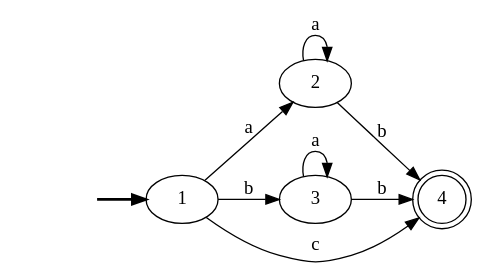
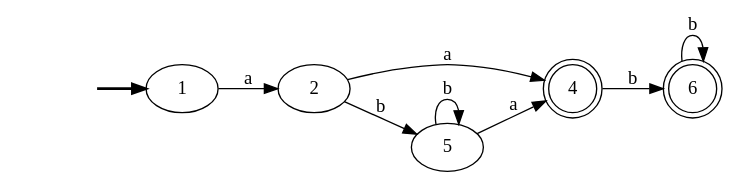
One commit to bar20807/CompiladorProyect changed the diagram in Pre-laboratorio B/AFNtoAFD#1PreLabB.gv. Above: the diagram before and after it, drawn with Graphviz. The commit also changed 8 other files, not shown here.

```diff
--- a/Pre-laboratorio B/AFNtoAFD#1PreLabB.gv
+++ b/Pre-laboratorio B/AFNtoAFD#1PreLabB.gv
@@ -1,19 +1,21 @@
 digraph "AFNtoAFD#1PreLabB" {
 	graph [rankdir=LR]
 	fake [style=invisible]
 	fake -> 1 [style=bold]
 	1 [root=true]
 	2
 	1 -> 2 [label=a]
-	3
-	1 -> 3 [label=b]
+	2
 	4 [shape=doublecircle]
-	1 -> 4 [label=c]
-	2
-	2 -> 2 [label=a]
-	2 -> 4 [label=b]
-	3
-	3 -> 3 [label=a]
-	3 -> 4 [label=b]
+	2 -> 4 [label=a]
+	5
+	2 -> 5 [label=b]
 	4 [shape=doublecircle]
+	6 [shape=doublecircle]
+	4 -> 6 [label=b]
+	5
+	5 -> 4 [label=a]
+	5 -> 5 [label=b]
+	6 [shape=doublecircle]
+	6 -> 6 [label=b]
 }
```
